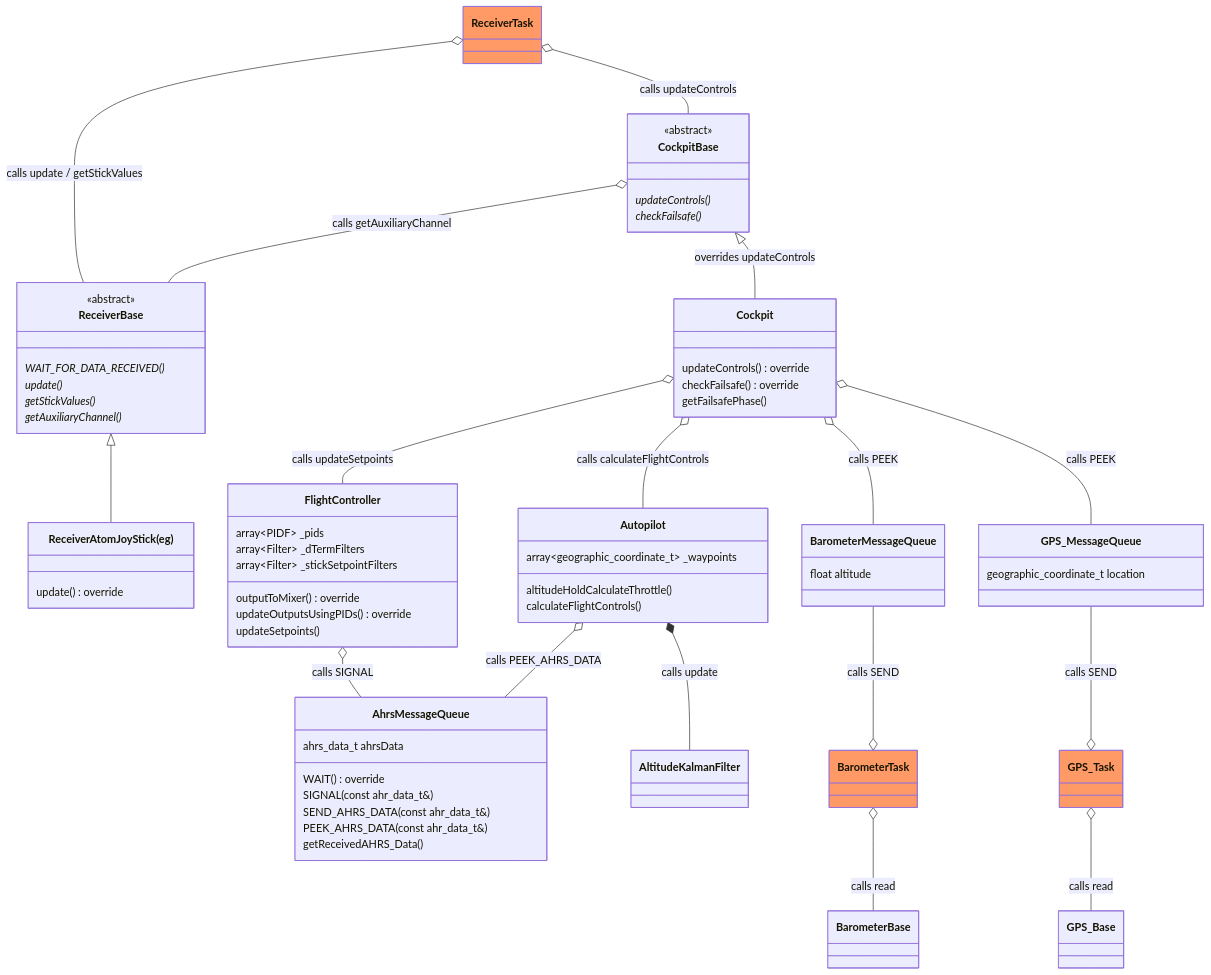
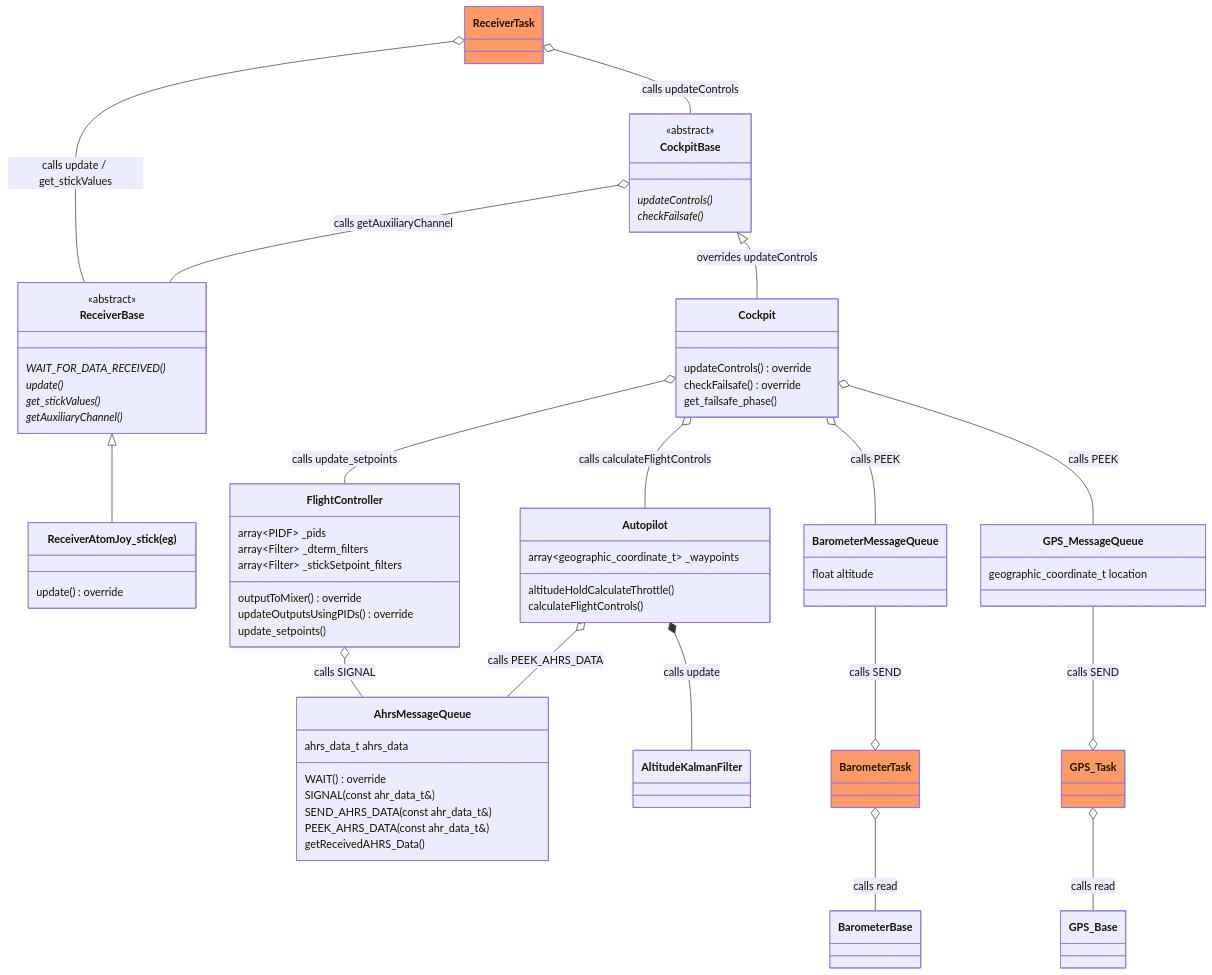
The fifth of 5 diagrams in README.md (martinbudden/Protoflight), drawn with Mermaid before and after one commit. The commit also changed other lines of this file and 275 other files, not shown here.

```diff
--- a/README.md
+++ b/README.md
@@ -793,13 +793,13 @@
 classDiagram
     class FlightController {
         array~PIDF~ _pids
-        array~Filter~ _dTermFilters
-        array~Filter~ _stickSetpointFilters
+        array~Filter~ _dterm_filters
+        array~Filter~ _stickSetpoint_filters
         outputToMixer() override
         updateOutputsUsingPIDs() override
-        updateSetpoints()
+        update_setpoints()
     }
-    link FlightController "https://github.com/martinbudden/protoflight/blob/main/lib/FlightController/src/FlightController.h"
+    link FlightController "https://github.com/martinbudden/protoflight/blob/main/lib/FlightController/src/flight_controller.h"
 
     class CockpitBase {
         <<abstract>>
@@ -813,31 +813,31 @@
     class Cockpit {
         updateControls() override
         checkFailsafe() override
-        getFailsafePhase()
+        get_failsafe_phase()
     }
-    link Cockpit "https://github.com/martinbudden/protoflight/blob/main/lib/Helm/src/Cockpit.h"
-    Cockpit o-- FlightController : calls updateSetpoints
+    link Cockpit "https://github.com/martinbudden/protoflight/blob/main/lib/Helm/src/cockpit.h"
+    Cockpit o-- FlightController : calls update_setpoints
     Cockpit o-- Autopilot : calls calculateFlightControls
 
     class ReceiverBase {
         <<abstract>>
         WAIT_FOR_DATA_RECEIVED() *
         update() *
-        getStickValues() *
+        get_stickValues() *
         getAuxiliaryChannel() *
     }
     link ReceiverBase "https://github.com/martinbudden/Library-Receiver/blob/main/src/ReceiverBase.h"
-    class ReceiverAtomJoyStick {
+    class ReceiverAtomJoy_stick {
         update() override
     }
-    ReceiverBase <|-- ReceiverAtomJoyStick
-    class ReceiverAtomJoyStick["ReceiverAtomJoyStick(eg)"]
-    link ReceiverAtomJoyStick "https://github.com/martinbudden/Library-Receiver/blob/main/src/ReceiverAtomJoyStick.h"
+    ReceiverBase <|-- ReceiverAtomJoy_stick
+    class ReceiverAtomJoy_stick["ReceiverAtomJoy_stick(eg)"]
+    link ReceiverAtomJoy_stick "https://github.com/martinbudden/Library-Receiver/blob/main/src/ReceiverAtomJoy_stick.h"
     class ReceiverTask:::taskClass {
     }
     link ReceiverTask "https://github.com/martinbudden/Library-Receiver/blob/main/src/ReceiverTask.h"
 
-    ReceiverTask o-- ReceiverBase : calls update / getStickValues
+    ReceiverTask o-- ReceiverBase : calls update / get_stickValues
     ReceiverTask o-- CockpitBase : calls updateControls
     %%CockpitBase --o ReceiverTask : calls updateControls
 
@@ -846,14 +846,14 @@
         altitudeHoldCalculateThrottle()
         calculateFlightControls()
     }
-    link Autopilot "https://github.com/martinbudden/protoflight/blob/main/lib/Helm/src/Autopilot.h"
+    link Autopilot "https://github.com/martinbudden/protoflight/blob/main/lib/Helm/src/autopilot.h"
     Autopilot o-- AhrsMessageQueue : calls PEEK_AHRS_DATA
     Autopilot *-- AltitudeKalmanFilter : calls update
 
     class AltitudeKalmanFilter {
     }
     class AhrsMessageQueue {
-        ahrs_data_t ahrsData
+        ahrs_data_t ahrs_data
         WAIT() override
         SIGNAL(const ahr_data_t&)
         SEND_AHRS_DATA(const ahr_data_t&)
```
